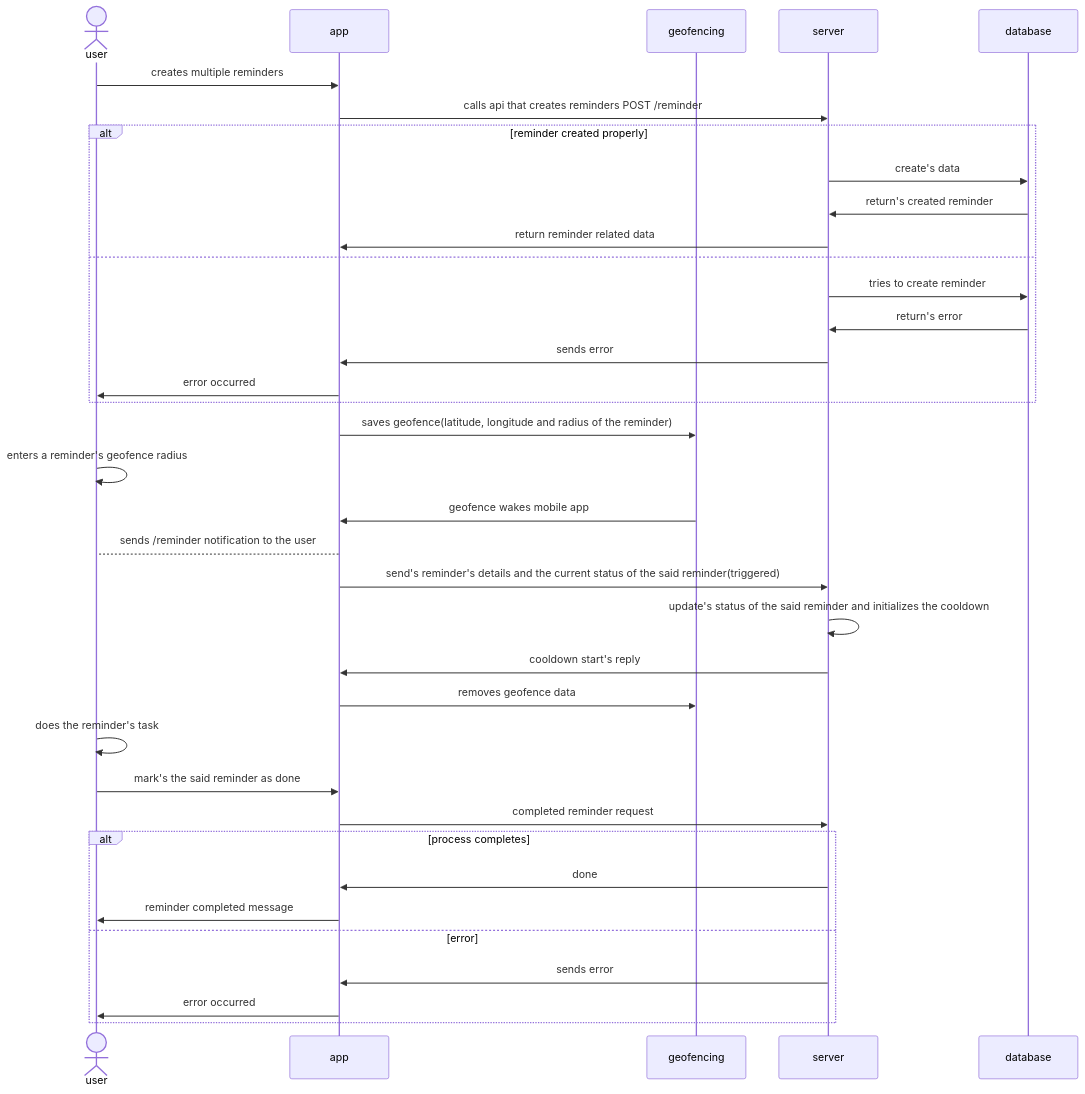
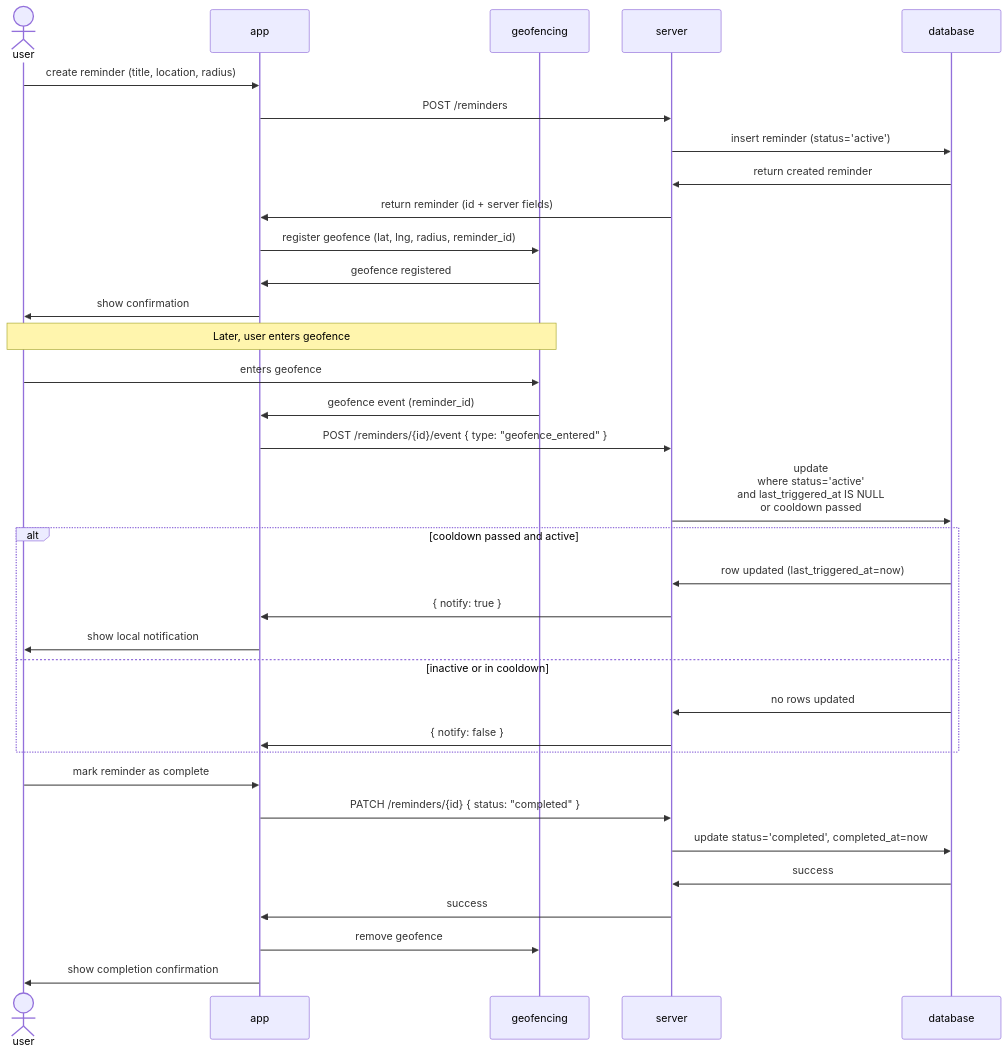
One commit to MapMinder/mapminder_documents changed the diagram in reminder_flow.md. Above: the diagram before and after it, drawn with Mermaid. The commit also changed other lines of this file, not shown here.

Commit message:
refac: finalized reminder_flow

````diff
--- a/reminder_flow.md
+++ b/reminder_flow.md
@@ -11,39 +14,44 @@
 ```mermaid
 sequenceDiagram
 actor user
 participant mf as app
 participant gf as geofencing
 participant mb as server
 participant db as database
 
-user->>mf: creates multiple reminders
-mf->>mb: calls api that creates reminders POST /reminder 
-    alt reminder created properly
-    mb->>db: create's data
-    db->>mb: return's created reminder
-    mb->>mf: return reminder related data
-else
-    mb->>db: tries to create reminder
-    db->>mb: return's error
-    mb->>mf: sends error
-    mf->>user: error occurred
+user->>mf: create reminder (title, location, radius)
+mf->>mb: POST /reminders
+mb->>db: insert reminder (status='active')
+db->>mb: return created reminder
+mb->>mf: return reminder (id + server fields)
+mf->>gf: register geofence (lat, lng, radius, reminder_id)
+gf->>mf: geofence registered
+mf->>user: show confirmation
+
+
+Note over user,gf: Later, user enters geofence
+
+user->>gf: enters geofence
+gf->>mf: geofence event (reminder_id)
+
+mf->>mb: POST /reminders/{id}/event { type: "geofence_entered" }
+
+mb->>db: update<br/>where status='active'<br/>and last_triggered_at IS NULL<br/>or cooldown passed
+
+alt cooldown passed and active
+    db->>mb: row updated (last_triggered_at=now)
+    mb->>mf: { notify: true }
+    mf->>user: show local notification
+else inactive or in cooldown
+    db->>mb: no rows updated
+    mb->>mf: { notify: false }
 end
-mf->>gf: saves geofence(latitude, longitude and radius of the reminder)
-user->>user: enters a reminder's geofence radius
-gf->>mf: geofence wakes mobile app
-mf-->user: sends /reminder notification to the user
-mf->>mb: send's reminder's details and the current status of the said reminder(triggered)
-mb->>mb: update's status of the said reminder and initializes the cooldown
-mb->>mf: cooldown start's reply
-mf->>gf: removes geofence data
-user->>user: does the reminder's task
-user->>mf: mark's the said reminder as done
-mf->>mb: completed reminder request
-alt process completes
-    mb->>mf: done
-    mf->>user: reminder completed message
-else error
-    mb->>mf: sends error
-    mf->>user: error occurred
-end
+
+user->>mf: mark reminder as complete
+mf->>mb: PATCH /reminders/{id} { status: "completed" }
+mb->>db: update status='completed', completed_at=now
+db->>mb: success
+mb->>mf: success
+mf->>gf: remove geofence
+mf->>user: show completion confirmation
 ```
````
